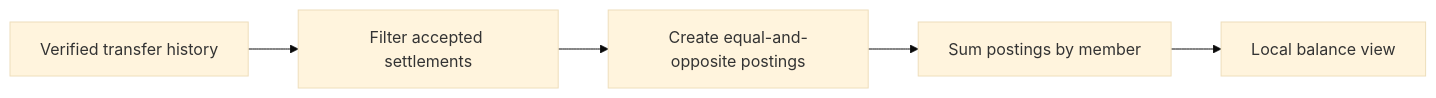
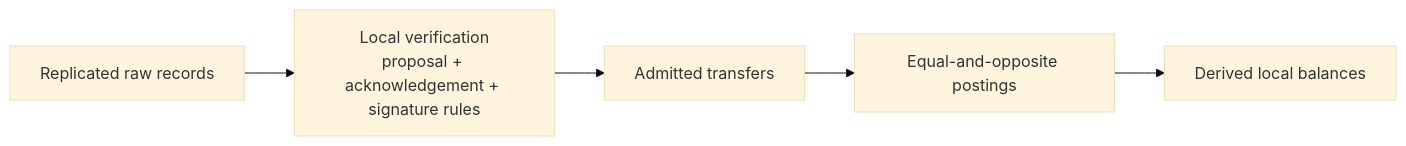
The diagram in docs/education/30-derived-balance.md (matthewlovestocode/peer-hours), drawn with Mermaid (base theme) before and after one commit. The commit also changed other lines of this file and 62 other files, not shown here.

````diff
--- a/docs/education/30-derived-balance.md
+++ b/docs/education/30-derived-balance.md
@@ -5,7 +5,7 @@
 ```mermaid
 flowchart LR
-  H["Verified transfer history"] --> F["Filter accepted settlements"]
-  F --> P["Create equal-and-opposite postings"]
-  P --> B["Sum postings by member"]
-  B --> V["Local balance view"]
+  R["Replicated raw records"] --> V["Local verification\nproposal + acknowledgement + signature rules"]
+  V --> T["Admitted transfers"]
+  T --> P["Equal-and-opposite postings"]
+  P --> B["Derived local balances"]
 ```
````
